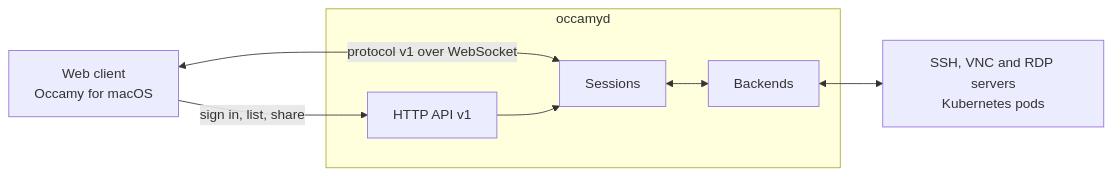
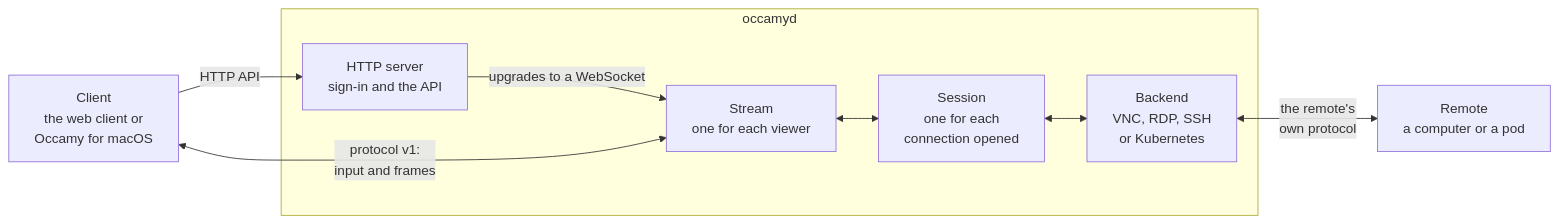
One commit to changkun/occamy changed the first of 3 diagrams in docs/architecture.md. Above: the diagram before and after it, drawn with Mermaid. The commit also changed other lines of this file and 3 other files, not shown here.

First line of the commit message:
docs: explain how occamyd is built, with a figure of a frame's path

````diff
--- a/docs/architecture.md
+++ b/docs/architecture.md
@@ -8,15 +18,17 @@
 ```mermaid
 flowchart LR
-  clients["Web client<br>Occamy for macOS"]
-  subgraph server [occamyd]
-    api[HTTP API v1]
-    sessions[Sessions]
-    backends[Backends]
+  client["Client<br>the web client or<br>Occamy for macOS"]
+  subgraph occamyd
+    http["HTTP server<br>sign-in and the API"]
+    stream["Stream<br>one for each viewer"]
+    session["Session<br>one for each<br>connection opened"]
+    backend["Backend<br>VNC, RDP, SSH<br>or Kubernetes"]
   end
-  remotes["SSH, VNC and RDP servers<br>Kubernetes pods"]
-  clients -- "sign in, list, share" --> api
-  clients <-- "protocol v1 over WebSocket" --> sessions
-  api --> sessions
-  sessions <--> backends
-  backends <--> remotes
+  remote["Remote<br>a computer or a pod"]
+  client -- "HTTP API" --> http
+  http -- "upgrades to a WebSocket" --> stream
+  client <-- "protocol v1:<br>input and frames" --> stream
+  stream <--> session
+  session <--> backend
+  backend <-- "the remote's<br>own protocol" --> remote
 ```
````
